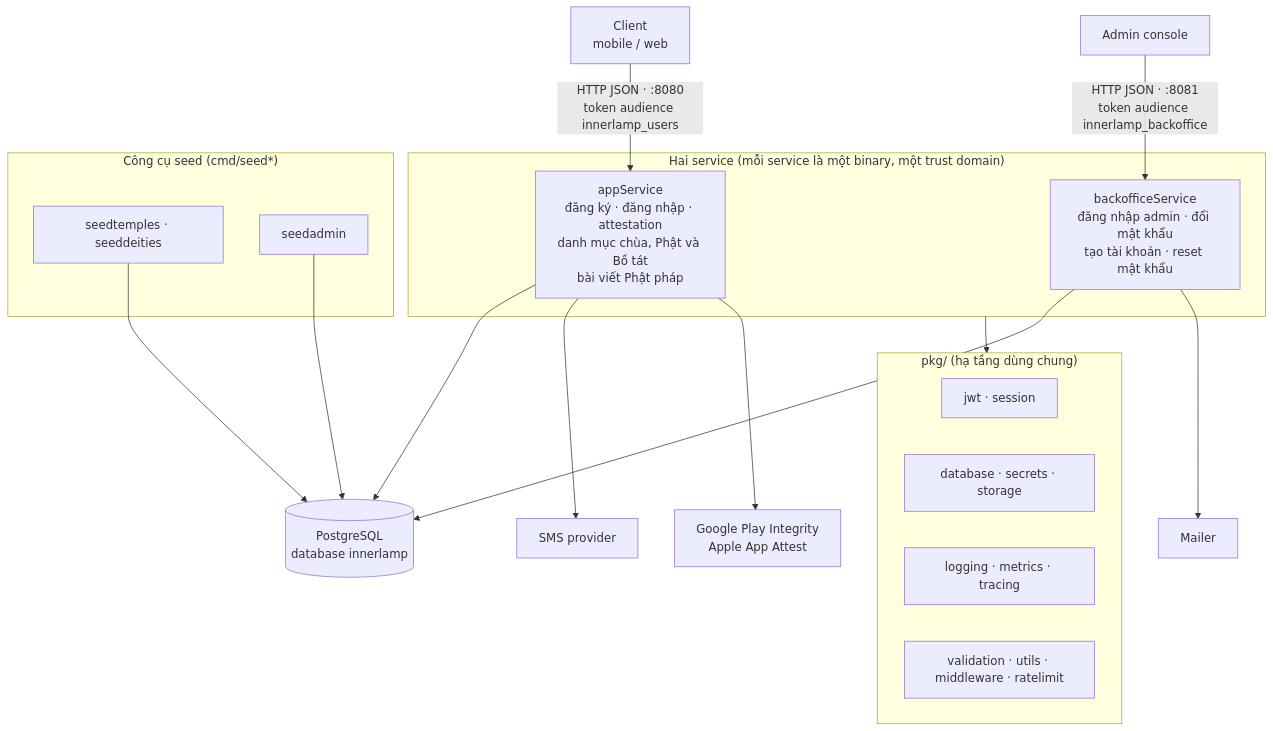
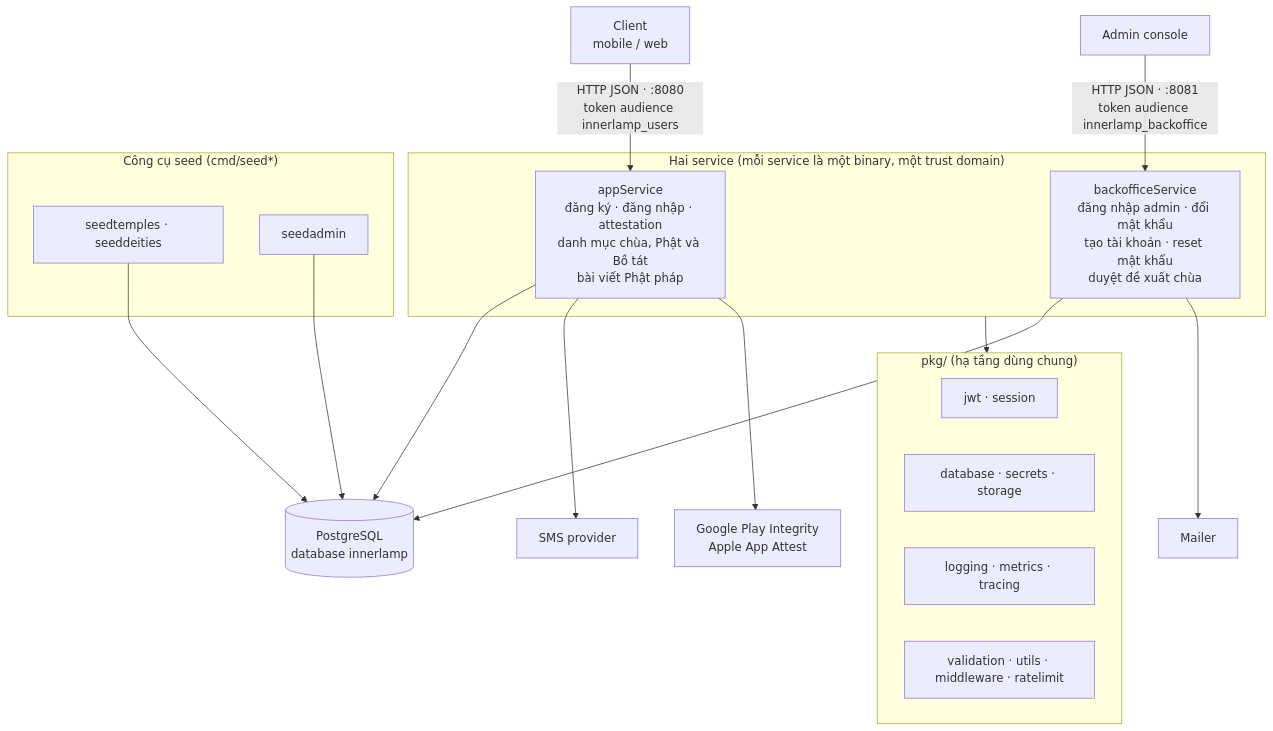
One commit to chjpcojit/innerlamp-be changed the diagram in web/docs/src/content/docs/architecture/overview.md. Above: the diagram before and after it, drawn with Mermaid. The commit also changed other lines of this file and 354 other files, not shown here.

````diff
--- a/web/docs/src/content/docs/architecture/overview.md
+++ b/web/docs/src/content/docs/architecture/overview.md
@@ -10,31 +10,31 @@
 ```mermaid
 flowchart TB
     Mobile[Client<br/>mobile / web] -->|"HTTP JSON · :8080<br/>token audience innerlamp_users"| App
     Admin[Admin console] -->|"HTTP JSON · :8081<br/>token audience innerlamp_backoffice"| Back
 
     subgraph svc["Hai service (mỗi service là một binary, một trust domain)"]
         App["appService<br/>đăng ký · đăng nhập · attestation<br/>danh mục chùa, Phật và Bồ tát<br/>bài viết Phật pháp"]
-        Back["backofficeService<br/>đăng nhập admin · đổi mật khẩu<br/>tạo tài khoản · reset mật khẩu"]
+        Back["backofficeService<br/>đăng nhập admin · đổi mật khẩu<br/>tạo tài khoản · reset mật khẩu<br/>duyệt đề xuất chùa"]
     end
 
     App --> PG[(PostgreSQL<br/>database innerlamp)]
     Back --> PG
     App --> SMS[SMS provider]
     App --> Att["Google Play Integrity<br/>Apple App Attest"]
     Back --> Mail[Mailer]
 
     subgraph seed["Công cụ seed (cmd/seed*)"]
         S1[seedtemples · seeddeities]
         S2[seedadmin]
     end
     S1 --> PG
     S2 --> PG
 
     subgraph pkg["pkg/ (hạ tầng dùng chung)"]
         P1[jwt · session]
         P2[database · secrets · storage]
         P3[logging · metrics · tracing]
         P4[validation · utils · middleware · ratelimit]
     end
     svc --> pkg
 ```
````
